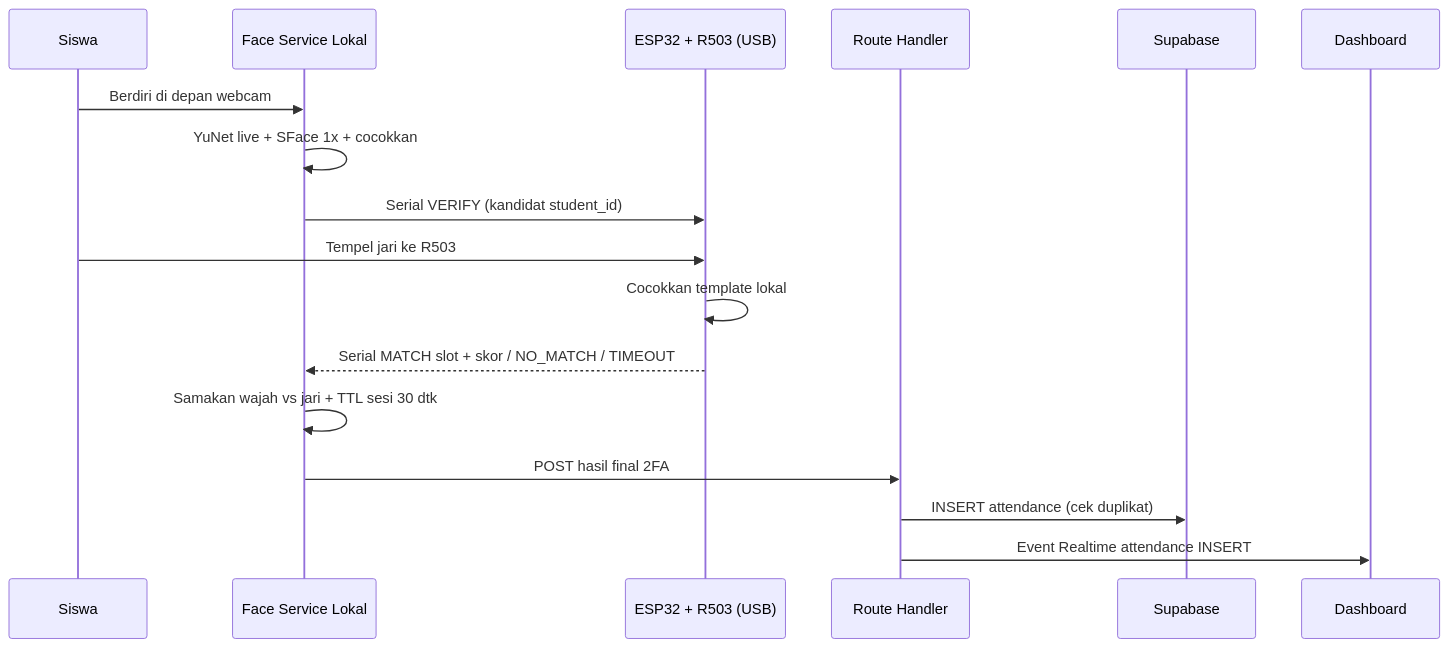
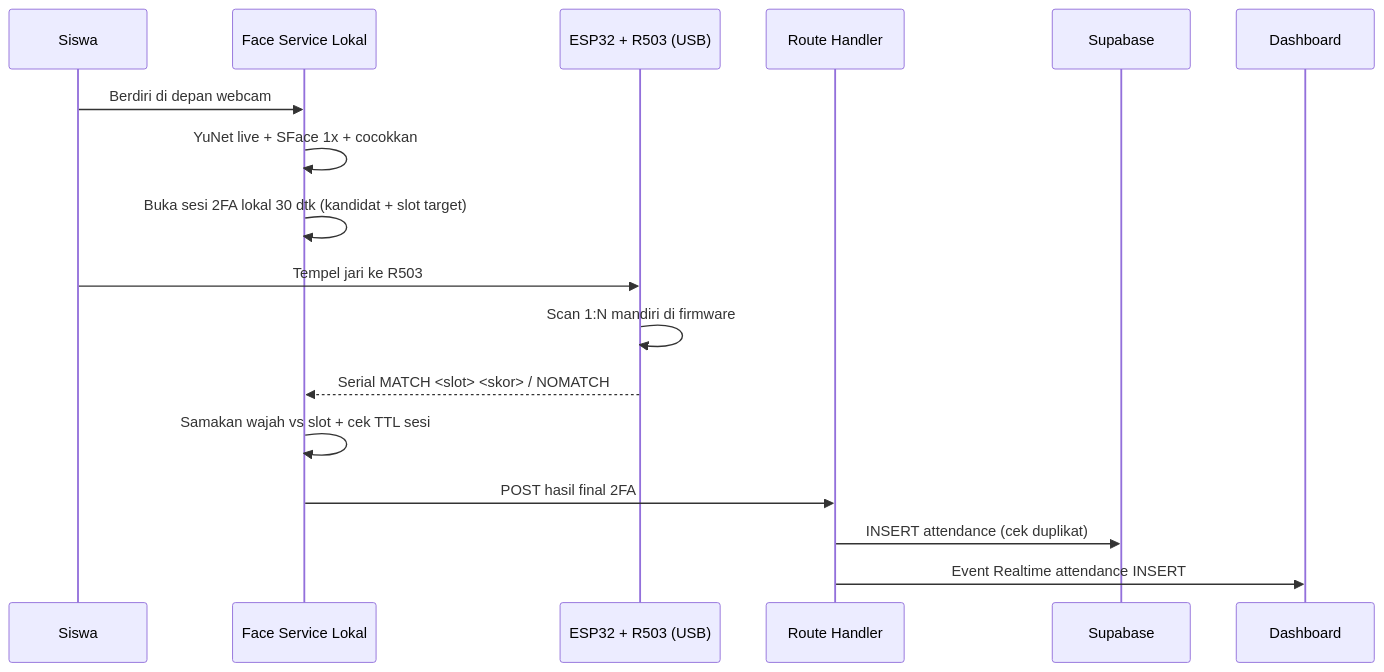
The second of 2 diagrams in ObsidianAllProgramSK/docs/architecture.md (DandiKurnia/ProyekSK), drawn with Mermaid before and after one commit. The commit also changed other lines of this file and 12 other files, not shown here.

First line of the commit message:
docs(fingerprint): sinkron protokol serial ke firmware esp32R503_Serial

````diff
--- a/ObsidianAllProgramSK/docs/architecture.md
+++ b/ObsidianAllProgramSK/docs/architecture.md
@@ -73,19 +72,19 @@
 ```mermaid
 sequenceDiagram
     participant S as Siswa
     participant F as Face Service Lokal
     participant E as ESP32 + R503 (USB)
     participant B as Route Handler
     participant D as Supabase
     participant W as Dashboard
     S->>F: Berdiri di depan webcam
     F->>F: YuNet live + SFace 1x + cocokkan
-    F->>E: Serial VERIFY (kandidat student_id)
+    F->>F: Buka sesi 2FA lokal 30 dtk (kandidat + slot target)
     S->>E: Tempel jari ke R503
-    E->>E: Cocokkan template lokal
-    E-->>F: Serial MATCH slot + skor / NO_MATCH / TIMEOUT
-    F->>F: Samakan wajah vs jari + TTL sesi 30 dtk
+    E->>E: Scan 1:N mandiri di firmware
+    E-->>F: Serial MATCH <slot> <skor> / NOMATCH
+    F->>F: Samakan wajah vs slot + cek TTL sesi
     F->>B: POST hasil final 2FA
     B->>D: INSERT attendance (cek duplikat)
     B->>W: Event Realtime attendance INSERT
 ```
````
